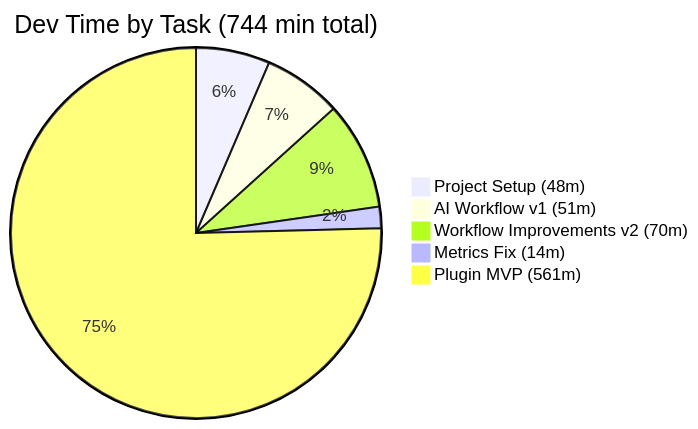
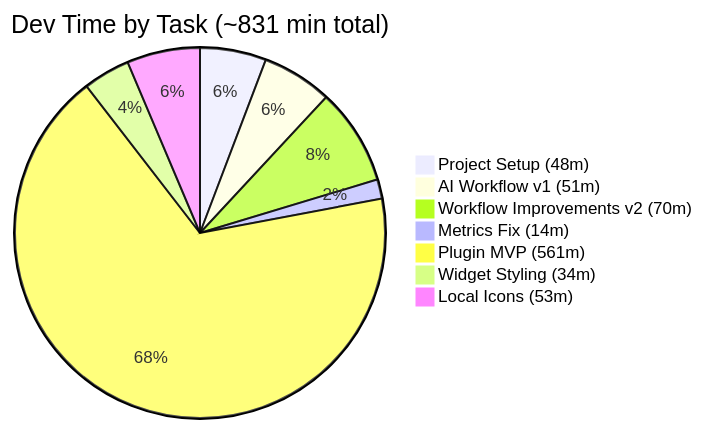
Before and after one commit to atlantdak/claude-code-hackathon-xbo-market-kit: the first of 7 diagrams in README.md, drawn with Mermaid. The commit also changed other lines of this file and 2 other files, not shown here.

First line of the commit message:
docs: update README metrics and add day 5 icons worklog

````diff
--- a/README.md
+++ b/README.md
@@ -57,8 +57,10 @@
 ```mermaid
-pie title Dev Time by Task (744 min total)
+pie title Dev Time by Task (~831 min total)
     "Project Setup (48m)" : 48
     "AI Workflow v1 (51m)" : 51
     "Workflow Improvements v2 (70m)" : 70
     "Metrics Fix (14m)" : 14
     "Plugin MVP (561m)" : 561
+    "Widget Styling (34m)" : 34
+    "Local Icons (53m)" : 53
 ```
````
